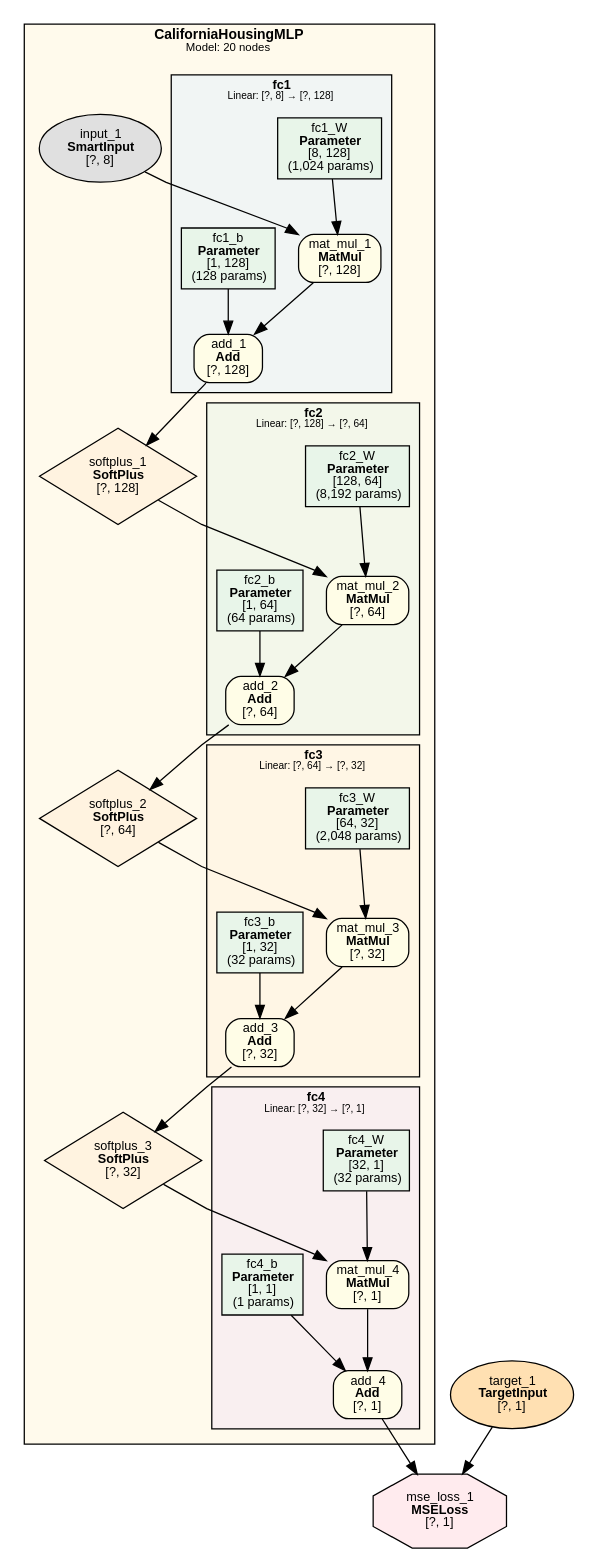
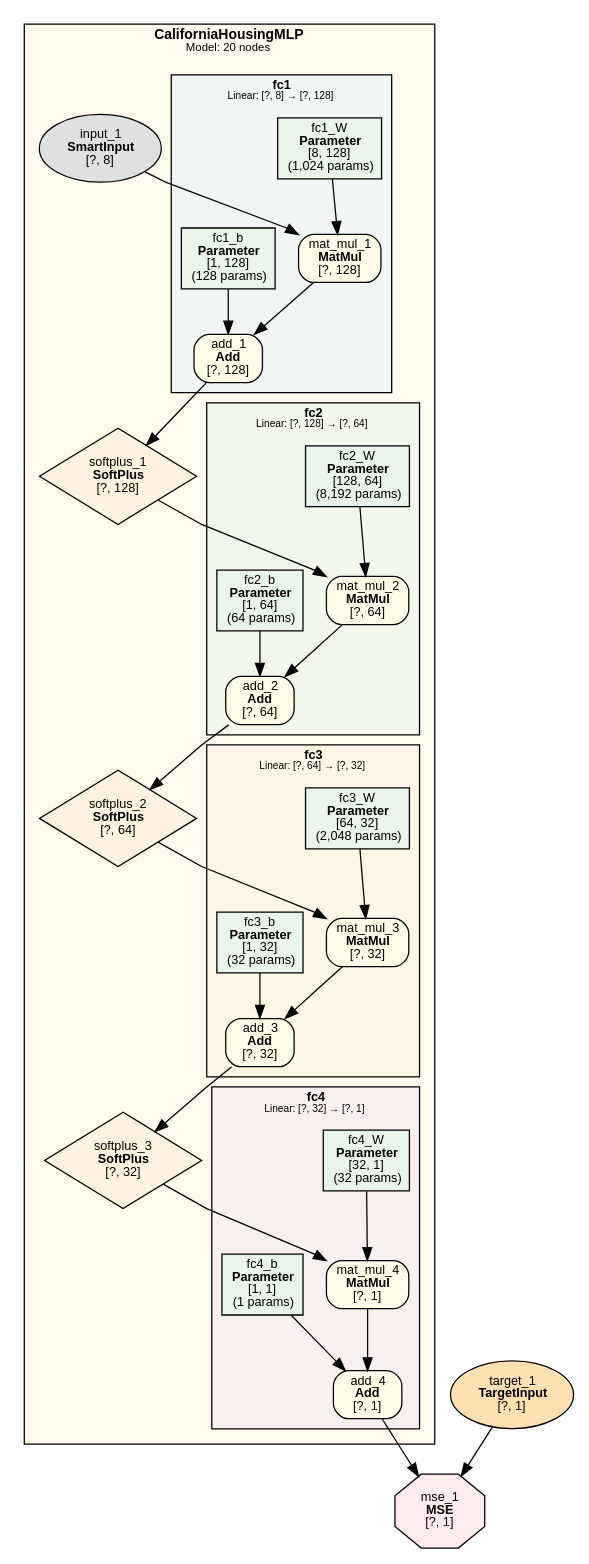
Before and after one commit to dbsxdbsx/only_torch: the diagram in examples/california_housing/california_housing.dot, drawn with Graphviz. The commit also changed 30 other files, not shown here.

First line of the commit message:
refactor: 统一底层损失节点命名（MSELoss → MSE）

```diff
--- a/examples/california_housing/california_housing.dot
+++ b/examples/california_housing/california_housing.dot
@@ -1,93 +1,93 @@
 digraph Model {
     rankdir=TB;
     newrank=true;
     splines=polyline;
     node [fontname="Microsoft YaHei,SimHei,Arial"];
     edge [fontname="Microsoft YaHei,SimHei,Arial"];
 
     subgraph cluster_CaliforniaHousingMLP {
         label=<<B>CaliforniaHousingMLP</B><BR/><FONT POINT-SIZE="9">Model: 20 nodes</FONT>>;
         style=filled;
         fillcolor="#FFECB340";
         fontname="Microsoft YaHei,SimHei,Arial";
         fontsize=11;
         margin=12;
         subgraph cluster_CaliforniaHousingMLP_fc1 {
             label=<<B>fc1</B><BR/><FONT POINT-SIZE="8">Linear: [?, 8] → [?, 128]</FONT>>;
             style=filled;
             fillcolor="#E3F2FD80";
             fontname="Microsoft YaHei,SimHei,Arial";
             fontsize=10;
             margin=8;
             "1" [label=<fc1_W<BR/><B>Parameter</B><BR/>[8, 128]<BR/>(1,024 params)> shape=box style=filled fillcolor="#E8F5E9" fontsize=10];
             "2" [label=<fc1_b<BR/><B>Parameter</B><BR/>[1, 128]<BR/>(128 params)> shape=box style=filled fillcolor="#E8F5E9" fontsize=10];
             "10" [label=<mat_mul_1<BR/><B>MatMul</B><BR/>[?, 128]> shape=box style="filled,rounded" fillcolor="#FFFDE7" fontsize=10];
             "11" [label=<add_1<BR/><B>Add</B><BR/>[?, 128]> shape=box style="filled,rounded" fillcolor="#FFFDE7" fontsize=10];
         }
         subgraph cluster_CaliforniaHousingMLP_fc2 {
             label=<<B>fc2</B><BR/><FONT POINT-SIZE="8">Linear: [?, 128] → [?, 64]</FONT>>;
             style=filled;
             fillcolor="#E8F5E980";
             fontname="Microsoft YaHei,SimHei,Arial";
             fontsize=10;
             margin=8;
             "3" [label=<fc2_W<BR/><B>Parameter</B><BR/>[128, 64]<BR/>(8,192 params)> shape=box style=filled fillcolor="#E8F5E9" fontsize=10];
             "4" [label=<fc2_b<BR/><B>Parameter</B><BR/>[1, 64]<BR/>(64 params)> shape=box style=filled fillcolor="#E8F5E9" fontsize=10];
             "13" [label=<mat_mul_2<BR/><B>MatMul</B><BR/>[?, 64]> shape=box style="filled,rounded" fillcolor="#FFFDE7" fontsize=10];
             "14" [label=<add_2<BR/><B>Add</B><BR/>[?, 64]> shape=box style="filled,rounded" fillcolor="#FFFDE7" fontsize=10];
         }
         subgraph cluster_CaliforniaHousingMLP_fc3 {
             label=<<B>fc3</B><BR/><FONT POINT-SIZE="8">Linear: [?, 64] → [?, 32]</FONT>>;
             style=filled;
             fillcolor="#FFF3E080";
             fontname="Microsoft YaHei,SimHei,Arial";
             fontsize=10;
             margin=8;
             "5" [label=<fc3_W<BR/><B>Parameter</B><BR/>[64, 32]<BR/>(2,048 params)> shape=box style=filled fillcolor="#E8F5E9" fontsize=10];
             "6" [label=<fc3_b<BR/><B>Parameter</B><BR/>[1, 32]<BR/>(32 params)> shape=box style=filled fillcolor="#E8F5E9" fontsize=10];
             "16" [label=<mat_mul_3<BR/><B>MatMul</B><BR/>[?, 32]> shape=box style="filled,rounded" fillcolor="#FFFDE7" fontsize=10];
             "17" [label=<add_3<BR/><B>Add</B><BR/>[?, 32]> shape=box style="filled,rounded" fillcolor="#FFFDE7" fontsize=10];
         }
         subgraph cluster_CaliforniaHousingMLP_fc4 {
             label=<<B>fc4</B><BR/><FONT POINT-SIZE="8">Linear: [?, 32] → [?, 1]</FONT>>;
             style=filled;
             fillcolor="#F3E5F580";
             fontname="Microsoft YaHei,SimHei,Arial";
             fontsize=10;
             margin=8;
             "7" [label=<fc4_W<BR/><B>Parameter</B><BR/>[32, 1]<BR/>(32 params)> shape=box style=filled fillcolor="#E8F5E9" fontsize=10];
             "8" [label=<fc4_b<BR/><B>Parameter</B><BR/>[1, 1]<BR/>(1 params)> shape=box style=filled fillcolor="#E8F5E9" fontsize=10];
             "19" [label=<mat_mul_4<BR/><B>MatMul</B><BR/>[?, 1]> shape=box style="filled,rounded" fillcolor="#FFFDE7" fontsize=10];
             "20" [label=<add_4<BR/><B>Add</B><BR/>[?, 1]> shape=box style="filled,rounded" fillcolor="#FFFDE7" fontsize=10];
         }
             "9" [label=<input_1<BR/><B>SmartInput</B><BR/>[?, 8]> shape=ellipse style=filled fillcolor="#E0E0E0" fontsize=10];
             "12" [label=<softplus_1<BR/><B>SoftPlus</B><BR/>[?, 128]> shape=diamond style=filled fillcolor="#FFF3E0" fontsize=10];
             "15" [label=<softplus_2<BR/><B>SoftPlus</B><BR/>[?, 64]> shape=diamond style=filled fillcolor="#FFF3E0" fontsize=10];
             "18" [label=<softplus_3<BR/><B>SoftPlus</B><BR/>[?, 32]> shape=diamond style=filled fillcolor="#FFF3E0" fontsize=10];
     }
 
     "21" [label=<target_1<BR/><B>TargetInput</B><BR/>[?, 1]> shape=ellipse style=filled fillcolor="#FFE0B2" fontsize=10];
-    "22" [label=<mse_loss_1<BR/><B>MSELoss</B><BR/>[?, 1]> shape=octagon style=filled fillcolor="#FFEBEE" fontsize=10];
+    "22" [label=<mse_1<BR/><B>MSE</B><BR/>[?, 1]> shape=octagon style=filled fillcolor="#FFEBEE" fontsize=10];
 
     "9" -> "10";
     "1" -> "10";
     "10" -> "11";
     "2" -> "11";
     "11" -> "12";
     "12" -> "13";
     "3" -> "13";
     "13" -> "14";
     "4" -> "14";
     "14" -> "15";
     "15" -> "16";
     "5" -> "16";
     "16" -> "17";
     "6" -> "17";
     "17" -> "18";
     "18" -> "19";
     "7" -> "19";
     "19" -> "20";
     "8" -> "20";
     "20" -> "22";
     "21" -> "22";
 }
```
